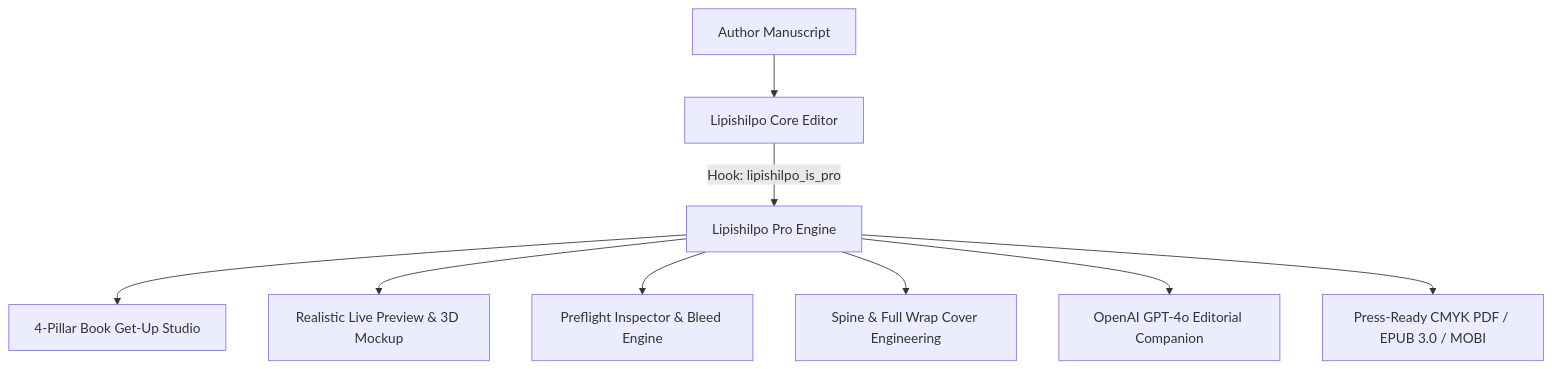
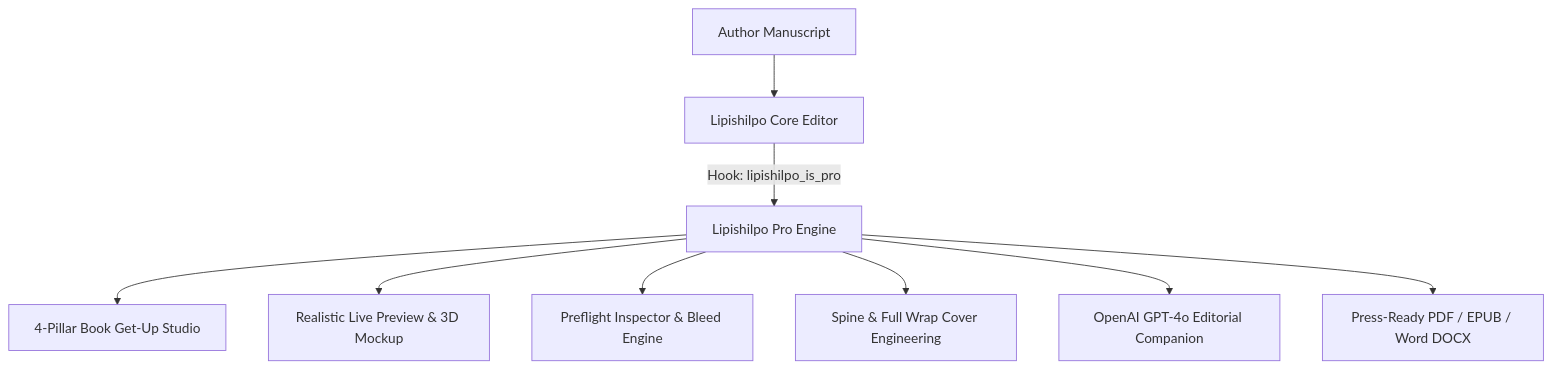
Before and after one commit to itsmanzur/lipishilpo-pro: the diagram in PRO_FEATURES.md, drawn with Mermaid. The commit also changed other lines of this file and 1 other file, not shown here.

````diff
--- a/PRO_FEATURES.md
+++ b/PRO_FEATURES.md
@@ -16,11 +16,11 @@
 ```mermaid
 graph TD
     A[Author Manuscript] --> B[Lipishilpo Core Editor]
     B -->|Hook: lipishilpo_is_pro| C[Lipishilpo Pro Engine]
     C --> D[4-Pillar Book Get-Up Studio]
     C --> E[Realistic Live Preview & 3D Mockup]
     C --> F[Preflight Inspector & Bleed Engine]
     C --> G[Spine & Full Wrap Cover Engineering]
     C --> H[OpenAI GPT-4o Editorial Companion]
-    C --> I[Press-Ready CMYK PDF / EPUB 3.0 / MOBI]
+    C --> I[Press-Ready PDF / EPUB / Word DOCX]
 ```
````
